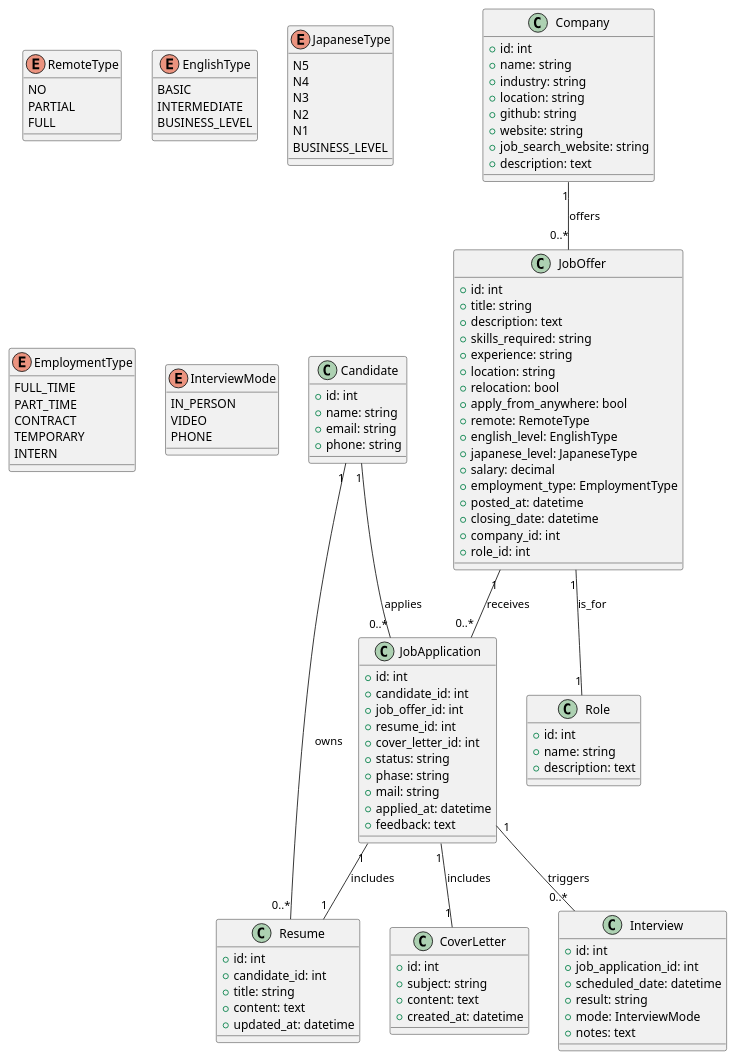
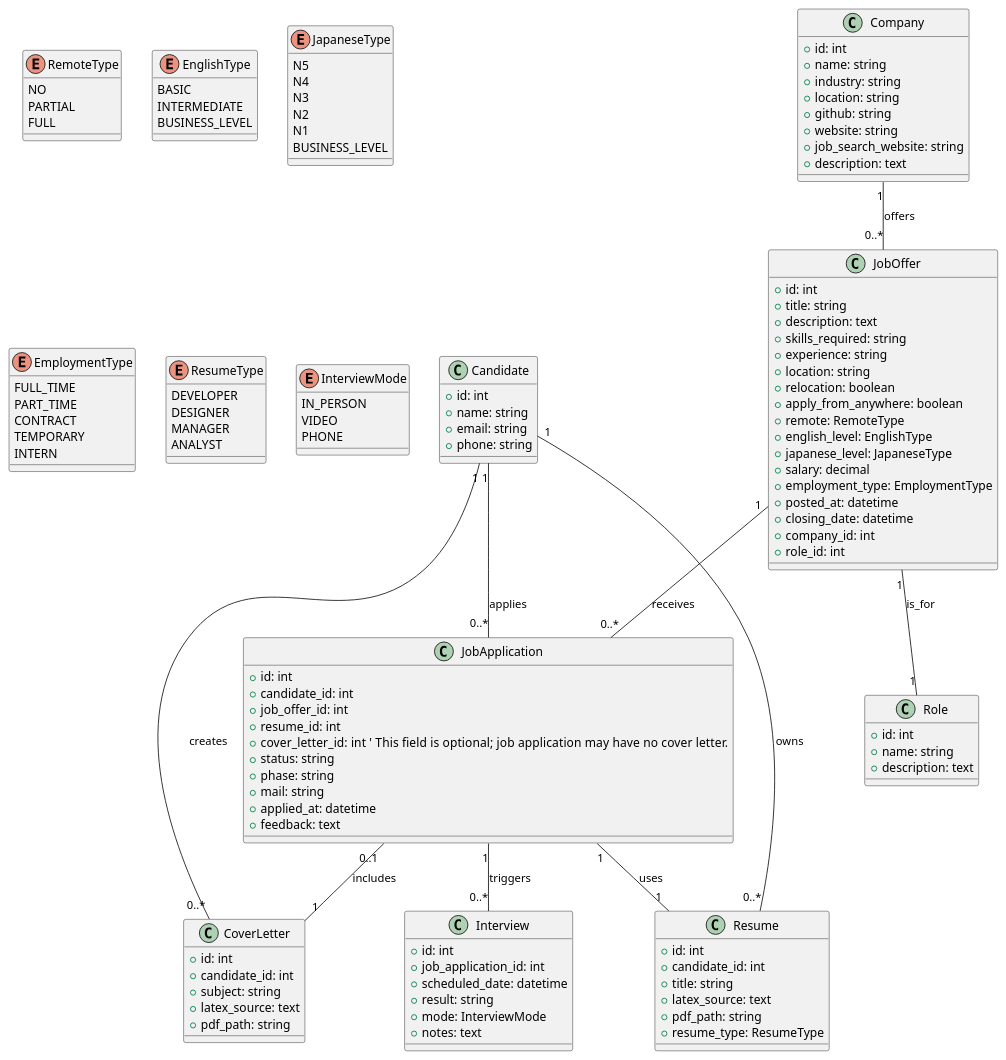
The diagram in docs/class_diagram.puml (cryptrunner49/job-hunters), drawn with PlantUML before and after one commit. The commit also changed 1 other file, not shown here.

Commit message:
Update class diagram

```diff
--- a/docs/class_diagram.puml
+++ b/docs/class_diagram.puml
@@ -1,139 +1,152 @@
 @startuml
 
-' Candidate represents the user applying to jobs.
+' Candidate represents a user applying to jobs.
 class Candidate {
   + id: int
   + name: string
   + email: string
   + phone: string
 }
 
 ' Company offers many JobOffers.
 class Company {
   + id: int
   + name: string
   + industry: string
   + location: string
   + github: string
   + website: string
   + job_search_website: string
   + description: text
 }
 
+' Role defines the position for a JobOffer.
+class Role {
+  + id: int
+  + name: string
+  + description: text
+}
+
 ' JobOffer belongs to one Company and is associated with one Role.
 class JobOffer {
   + id: int
   + title: string
   + description: text
   + skills_required: string
   + experience: string
   + location: string
-  + relocation: bool
-  + apply_from_anywhere: bool
+  + relocation: boolean
+  + apply_from_anywhere: boolean
   + remote: RemoteType
   + english_level: EnglishType
   + japanese_level: JapaneseType
   + salary: decimal
   + employment_type: EmploymentType
   + posted_at: datetime
   + closing_date: datetime
   + company_id: int
   + role_id: int
 }
 
-' Role defines the position for a JobOffer.
-class Role {
-  + id: int
-  + name: string
-  + description: text
-}
-
-' A Resume represents one of possibly many CVs a candidate can maintain.
+' Resume represents one of the candidate's CVs.
 class Resume {
   + id: int
   + candidate_id: int
   + title: string
-  + content: text
-  + updated_at: datetime
+  + latex_source: text
+  + pdf_path: string
+  + resume_type: ResumeType
 }
 
-' A CoverLetter that accompanies a JobApplication.
+' CoverLetter represents a cover letter a candidate can create.
 class CoverLetter {
   + id: int
+  + candidate_id: int
   + subject: string
-  + content: text
-  + created_at: datetime
+  + latex_source: text
+  + pdf_path: string
 }
 
-' JobApplication links a candidate (with a Resume and CoverLetter) to a JobOffer.
+' JobApplication links a candidate (with a Resume and an optional CoverLetter) to a JobOffer.
 class JobApplication {
   + id: int
   + candidate_id: int
   + job_offer_id: int
   + resume_id: int
-  + cover_letter_id: int
+  + cover_letter_id: int   ' This field is optional; job application may have no cover letter.
   + status: string
   + phase: string
   + mail: string
   + applied_at: datetime
   + feedback: text
 }
 
-' An Interview is scheduled for a JobApplication.
+' Interview is scheduled for a JobApplication.
 class Interview {
   + id: int
   + job_application_id: int
   + scheduled_date: datetime
   + result: string
   + mode: InterviewMode
   + notes: text
 }
 
+' Enums definitions
 enum RemoteType {
   NO
   PARTIAL
   FULL
 }
 
 enum EnglishType {
   BASIC
   INTERMEDIATE
   BUSINESS_LEVEL
 }
 
 enum JapaneseType {
   N5
   N4
   N3
   N2
   N1
   BUSINESS_LEVEL
 }
 
 enum EmploymentType {
   FULL_TIME
   PART_TIME
   CONTRACT
   TEMPORARY
   INTERN
 }
 
+enum ResumeType {
+  DEVELOPER
+  DESIGNER
+  MANAGER
+  ANALYST
+}
+
 enum InterviewMode {
   IN_PERSON
   VIDEO
   PHONE
 }
 
 ' Define relationships
 Candidate "1" -- "0..*" Resume : owns
+Candidate "1" -- "0..*" CoverLetter : creates
 Candidate "1" -- "0..*" JobApplication : applies
 
 Company "1" -- "0..*" JobOffer : offers
+
 JobOffer "1" -- "1" Role : is_for
 JobOffer "1" -- "0..*" JobApplication : receives
 
-JobApplication "1" -- "1" Resume : includes
-JobApplication "1" -- "1" CoverLetter : includes
+JobApplication "1" -- "1" Resume : uses
+JobApplication "0..1" -- "1" CoverLetter : includes
+
 JobApplication "1" -- "0..*" Interview : triggers
 
 @enduml
```
